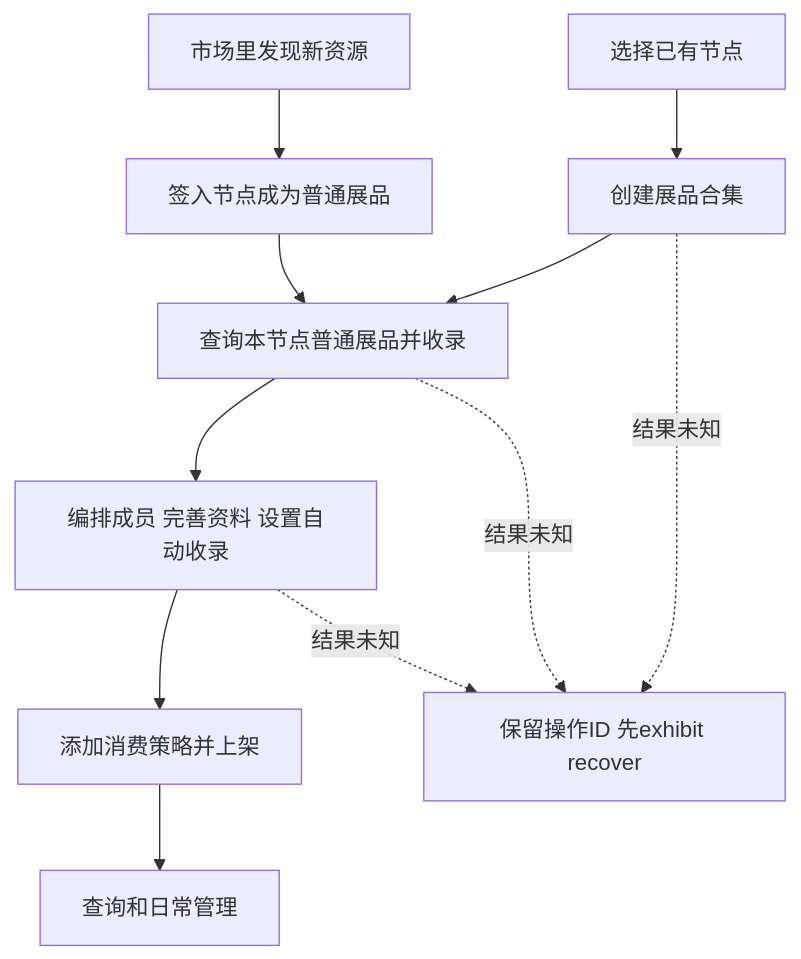
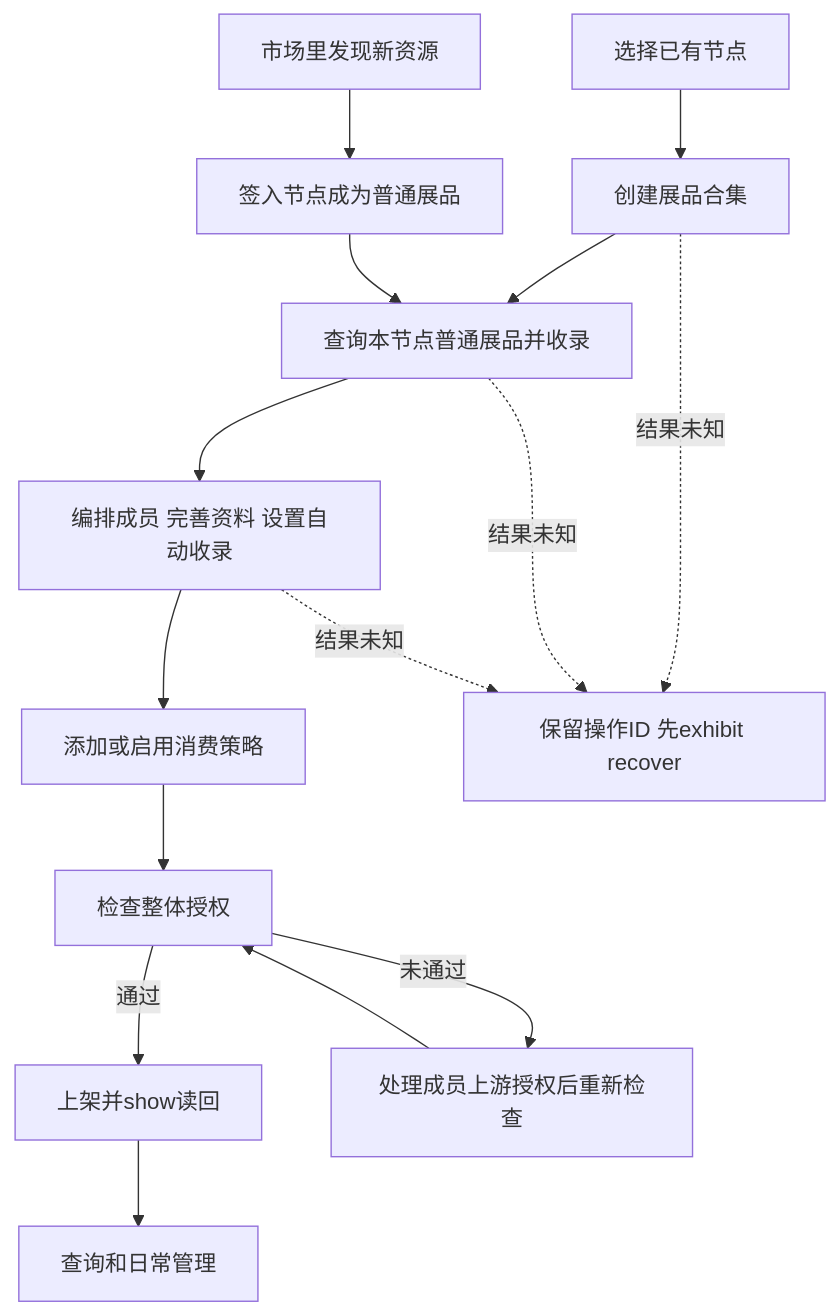
One commit to freelogfe/freelog-runtime changed the diagram in docs-new/site/cli/节点与展品/展品合集.md. Above: the diagram before and after it, drawn with Mermaid. The commit also changed other lines of this file and 42 other files, not shown here.

````diff
--- a/docs-new/site/cli/节点与展品/展品合集.md
+++ b/docs-new/site/cli/节点与展品/展品合集.md
@@ -12,13 +12,17 @@
 ```mermaid
 flowchart TD
   A[选择已有节点] --> B[创建展品合集]
   B --> C[查询本节点普通展品并收录]
   D[市场里发现新资源] --> E[签入节点成为普通展品]
   E --> C
   C --> F[编排成员 完善资料 设置自动收录]
-  F --> G[添加消费策略并上架]
-  G --> H[查询和日常管理]
+  F --> G[添加或启用消费策略]
+  G --> I[检查整体授权]
+  I -->|通过| J[上架并show读回]
+  I -->|未通过| K[处理成员上游授权后重新检查]
+  K --> I
+  J --> H[查询和日常管理]
   B -.结果未知.-> R[保留操作ID 先exhibit recover]
   C -.结果未知.-> R
   F -.结果未知.-> R
 ```
````
